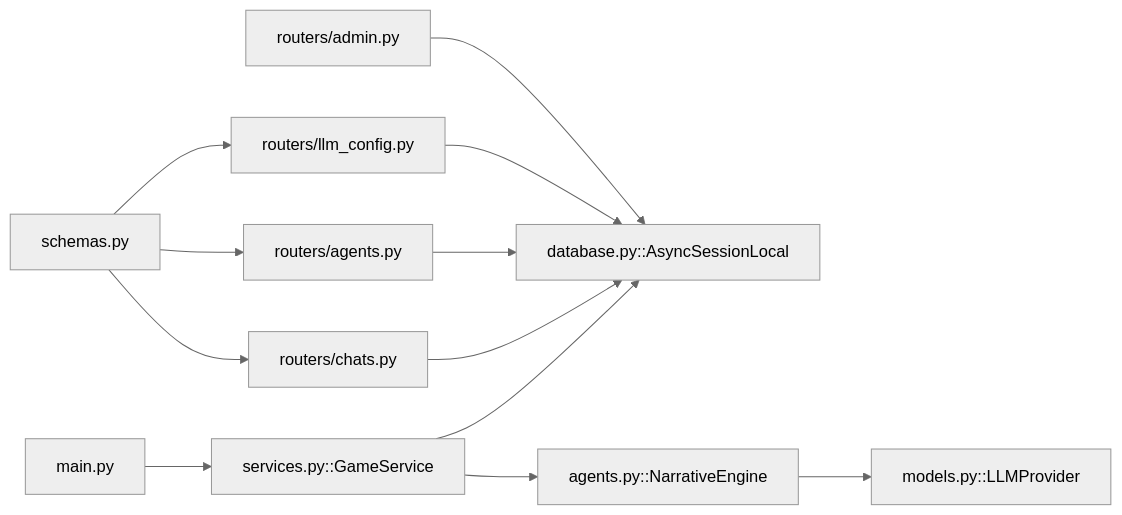
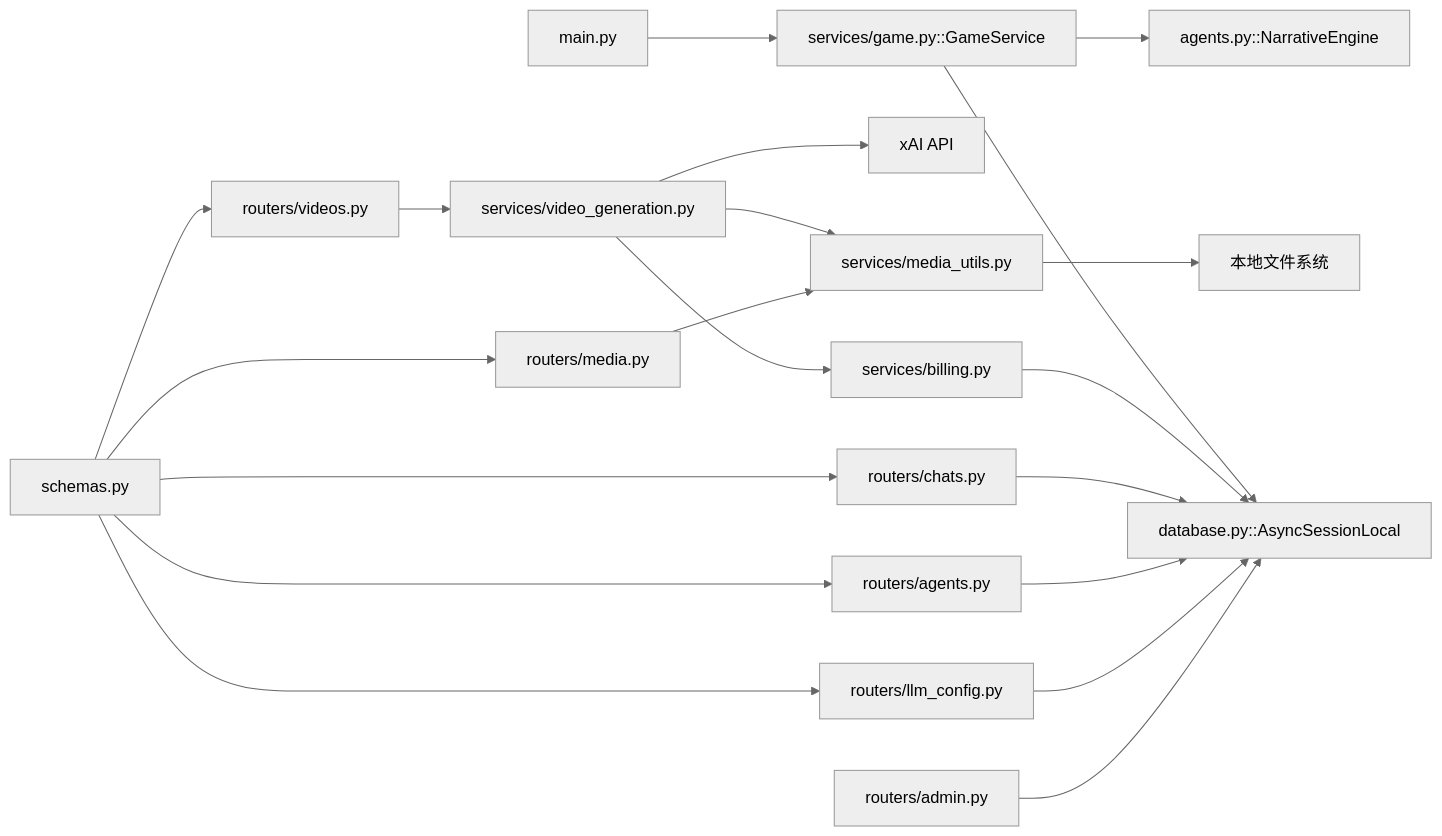
Diagram 12 of 12 in .qoder/repowiki/zh/content/后端开发指南/业务逻辑层.md (KunLabAI/KunFlix), drawn with Mermaid (neutral theme) before and after one commit. The commit also changed other lines of this file and 25 other files, not shown here.

````diff
--- a/.qoder/repowiki/zh/content/后端开发指南/业务逻辑层.md
+++ b/.qoder/repowiki/zh/content/后端开发指南/业务逻辑层.md
@@ -360,14 +544,22 @@
 ```mermaid
 graph LR
-Main["main.py"] --> GS["services.py::GameService"]
+Main["main.py"] --> GS["services/game.py::GameService"]
 GS --> DB["database.py::AsyncSessionLocal"]
 GS --> NE["agents.py::NarrativeEngine"]
-NE --> Models["models.py::LLMProvider"]
+VS["services/video_generation.py"] --> XAI["xAI API"]
+VS --> Bill["services/billing.py"]
+VS --> Media["services/media_utils.py"]
+Bill --> DB
+Media --> FS["本地文件系统"]
 RChats["routers/chats.py"] --> DB
 RAgents["routers/agents.py"] --> DB
 RLLM["routers/llm_config.py"] --> DB
 RAdmin["routers/admin.py"] --> DB
+RMedia["routers/media.py"] --> Media
+RVideos["routers/videos.py"] --> VS
 Schemas["schemas.py"] --> RChats
 Schemas --> RAgents
 Schemas --> RLLM
+Schemas --> RMedia
+Schemas --> RVideos
 ```
````
